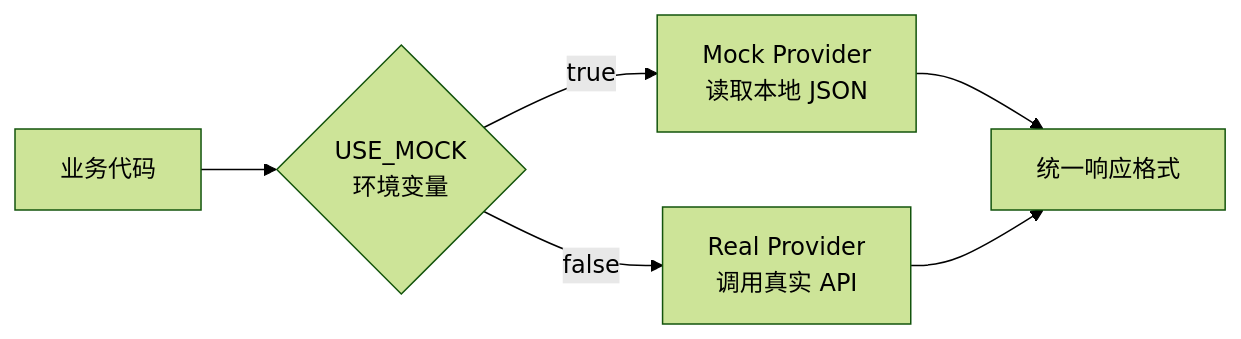
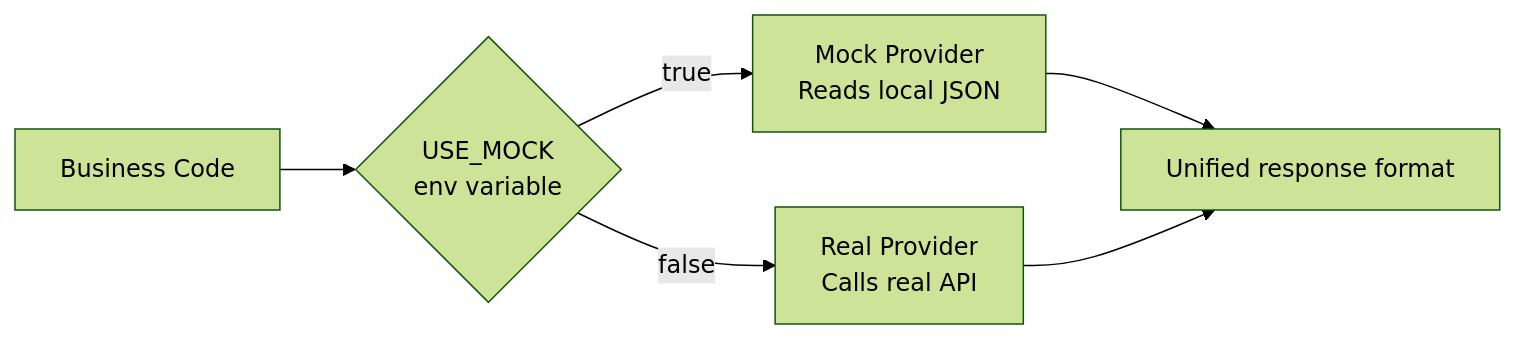
Before and after one commit to ZedeX/nova-invest: the fourth of 6 diagrams in docs/architecture/architecture.md, drawn with Mermaid (forest theme). The commit also changed other lines of this file and 42 other files, not shown here.

````diff
--- a/docs/architecture/architecture.md
+++ b/docs/architecture/architecture.md
@@ -149,8 +149,8 @@
 ```mermaid
 flowchart LR
-    Code[业务代码] --> Switch{USE_MOCK<br/>环境变量}
-    Switch -->|true| Mock[Mock Provider<br/>读取本地 JSON]
-    Switch -->|false| Real[Real Provider<br/>调用真实 API]
-    Mock --> Response[统一响应格式]
+    Code[Business Code] --> Switch{USE_MOCK<br/>env variable}
+    Switch -->|true| Mock[Mock Provider<br/>Reads local JSON]
+    Switch -->|false| Real[Real Provider<br/>Calls real API]
+    Mock --> Response[Unified response format]
     Real --> Response
 ```
````
